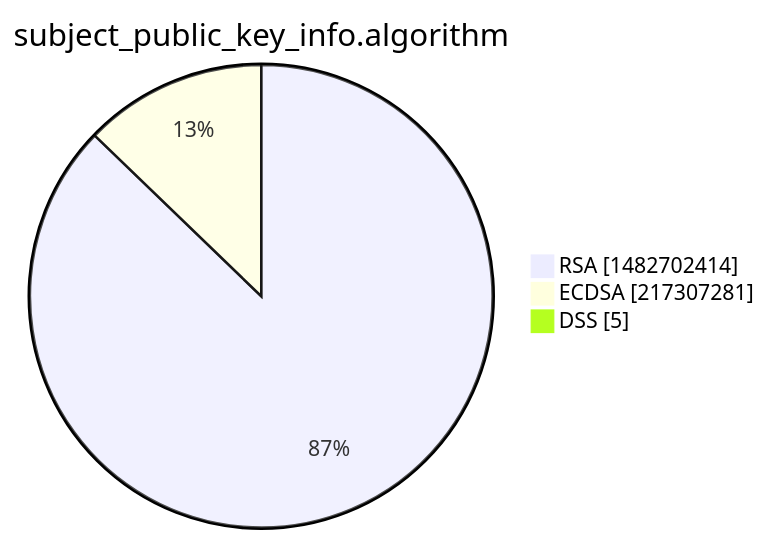
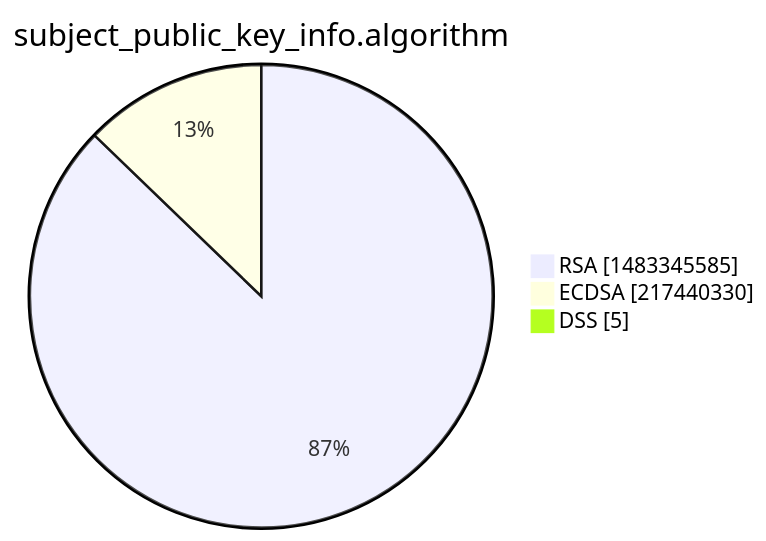
One commit to christiankrug/ctmonitor_visualization changed the third of 15 diagrams in xenon2022/README.md. Above: the diagram before and after it, drawn with Mermaid. The commit also changed other lines of this file, not shown here.

````diff
--- a/xenon2022/README.md
+++ b/xenon2022/README.md
@@ -14,7 +14,7 @@
 ```mermaid
 pie showData
 title subject_public_key_info.algorithm
-"RSA" :1482702414
-"ECDSA" :217307281
+"RSA" :1483345585
+"ECDSA" :217440330
 "DSS" :5
 ```
````
